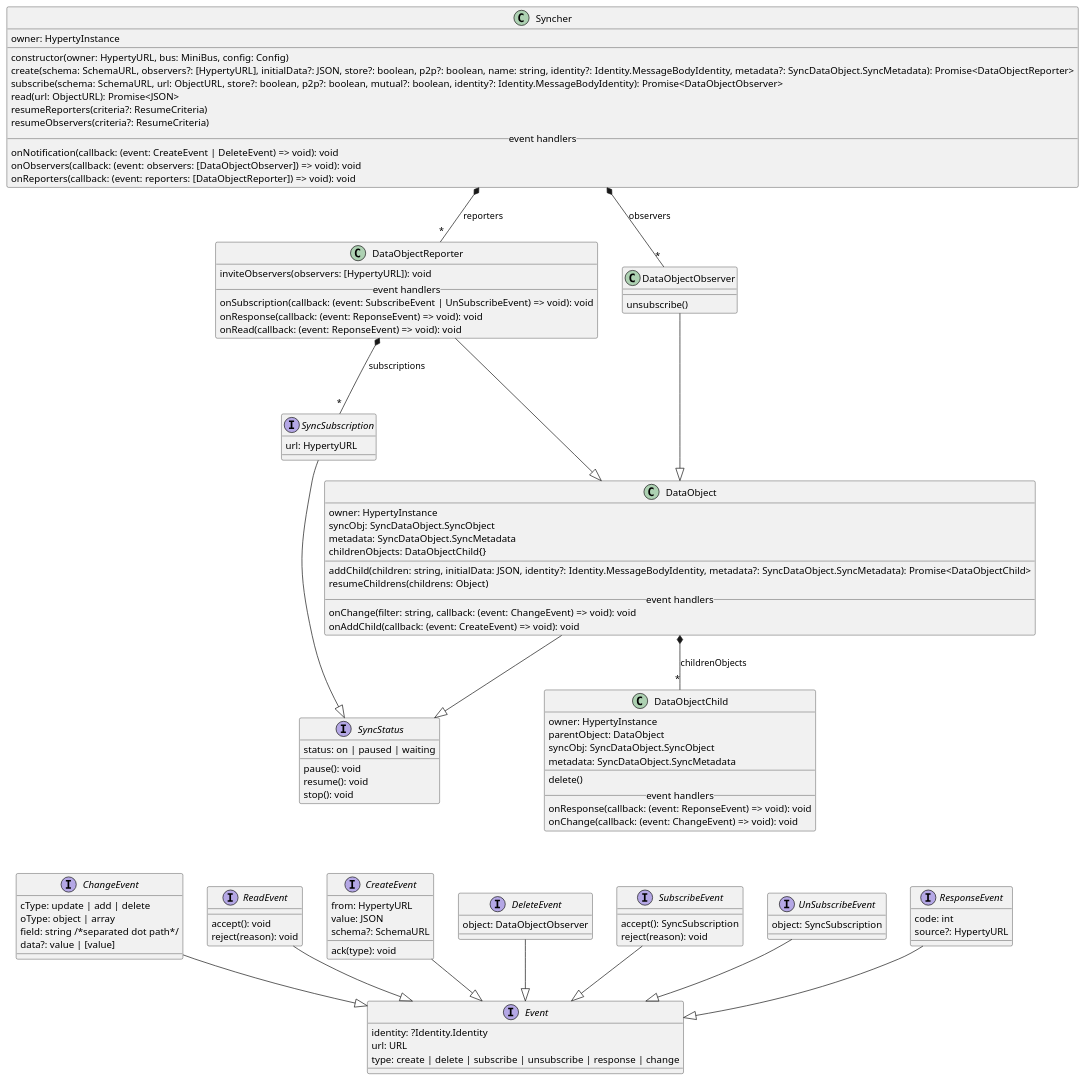
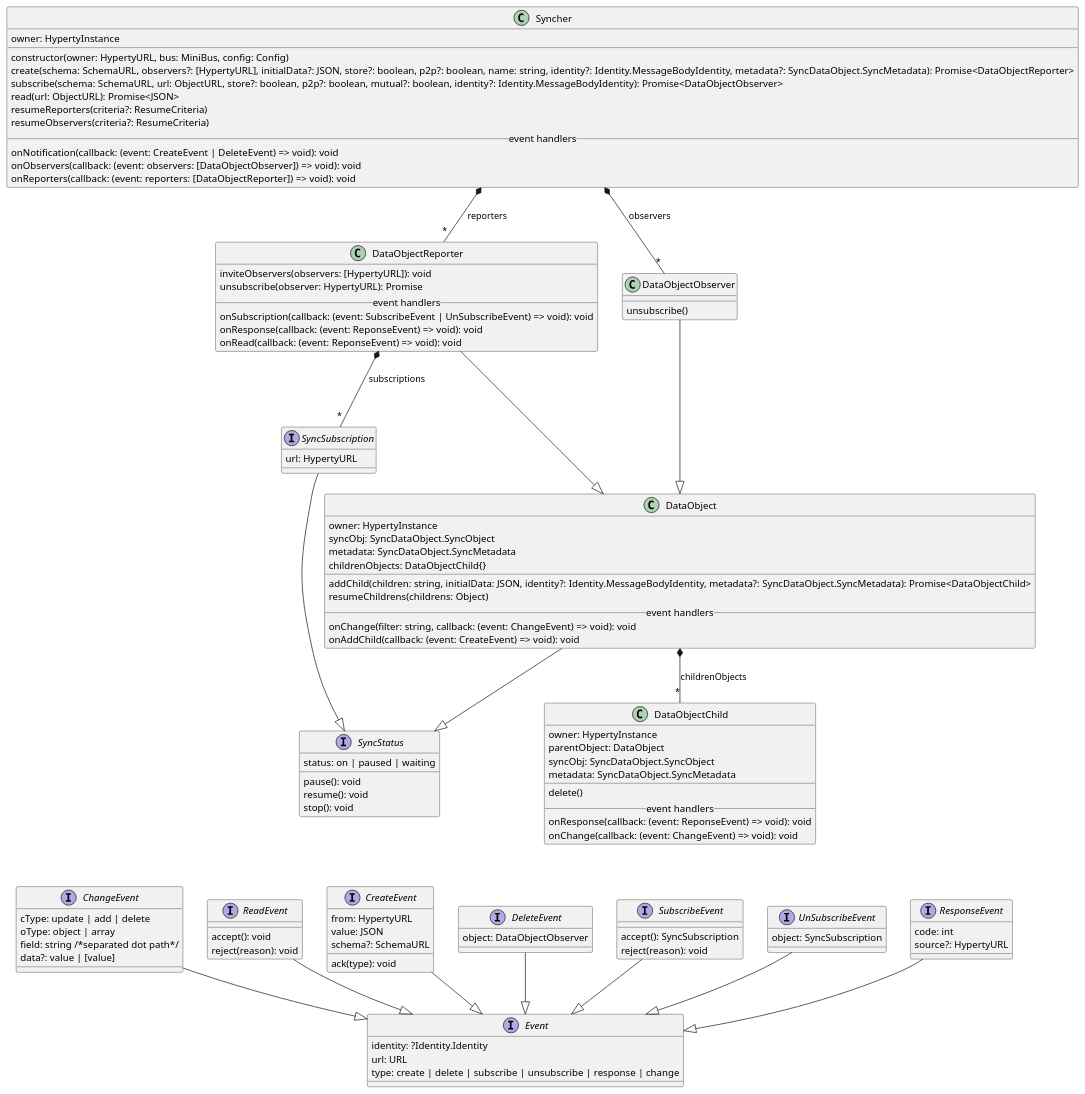
One commit to reTHINK-project/specs changed the diagram in service-framework/SyncherAPI.puml. Above: the diagram before and after it, drawn with PlantUML. The commit also changed 1 other file, not shown here.

Commit message:
Syncher.DataObjectReporter added "unsubscribe(..)" function to support observer cancel by reporter

```diff
--- a/service-framework/SyncherAPI.puml
+++ b/service-framework/SyncherAPI.puml
@@ -1,137 +1,138 @@
 @startuml
 
 interface SyncSubscription {
   url: HypertyURL
 }
 
 interface SyncStatus {
   status: on | paused | waiting
   pause(): void
   resume(): void
   stop(): void
 }
 
 class Syncher {
   owner: HypertyInstance
   __
   constructor(owner: HypertyURL, bus: MiniBus, config: Config)
   create(schema: SchemaURL, observers?: [HypertyURL], initialData?: JSON, store?: boolean, p2p?: boolean, name: string, identity?: Identity.MessageBodyIdentity, metadata?: SyncDataObject.SyncMetadata): Promise<DataObjectReporter>
   subscribe(schema: SchemaURL, url: ObjectURL, store?: boolean, p2p?: boolean, mutual?: boolean, identity?: Identity.MessageBodyIdentity): Promise<DataObjectObserver>
   read(url: ObjectURL): Promise<JSON>
   resumeReporters(criteria?: ResumeCriteria)
   resumeObservers(criteria?: ResumeCriteria)
   __ event handlers __
   onNotification(callback: (event: CreateEvent | DeleteEvent) => void): void
   onObservers(callback: (event: observers: [DataObjectObserver]) => void): void
   onReporters(callback: (event: reporters: [DataObjectReporter]) => void): void
 }
 
 class DataObject {
   owner: HypertyInstance
   syncObj: SyncDataObject.SyncObject
   metadata: SyncDataObject.SyncMetadata
   childrenObjects: DataObjectChild{}
   __
   addChild(children: string, initialData: JSON, identity?: Identity.MessageBodyIdentity, metadata?: SyncDataObject.SyncMetadata): Promise<DataObjectChild>
   resumeChildrens(childrens: Object)
   __ event handlers __
   onChange(filter: string, callback: (event: ChangeEvent) => void): void
   onAddChild(callback: (event: CreateEvent) => void): void
 }
 
 class DataObjectChild {
   owner: HypertyInstance
   parentObject: DataObject
   syncObj: SyncDataObject.SyncObject
   metadata: SyncDataObject.SyncMetadata
   __
   delete()
   __ event handlers __
   onResponse(callback: (event: ReponseEvent) => void): void
   onChange(callback: (event: ChangeEvent) => void): void
 }
 
 class DataObjectReporter {
   inviteObservers(observers: [HypertyURL]): void
+  unsubscribe(observer: HypertyURL): Promise
   __ event handlers __
   onSubscription(callback: (event: SubscribeEvent | UnSubscribeEvent) => void): void
   onResponse(callback: (event: ReponseEvent) => void): void
   onRead(callback: (event: ReponseEvent) => void): void
 }
 
 class DataObjectObserver {
 __
 unsubscribe()
 }
 
 interface Event {
   identity: ?Identity.Identity
   url: URL
   type: create | delete | subscribe | unsubscribe | response | change
 }
 
 interface CreateEvent {
   from: HypertyURL
   value: JSON
   schema?: SchemaURL
   ack(type): void
 }
 
 interface DeleteEvent {
   object: DataObjectObserver
 }
 
 interface SubscribeEvent {
   accept(): SyncSubscription
   reject(reason): void
 }
 
 interface UnSubscribeEvent {
   object: SyncSubscription
 }
 
 interface ResponseEvent {
   code: int
   source?: HypertyURL
 }
 
 interface ChangeEvent {
   cType: update | add | delete
   oType: object | array
   field: string /*separated dot path*/
   data?: value | [value]
 }
 
 interface ReadEvent {
   accept(): void
   reject(reason): void
 }
 
 CreateEvent --|> Event
 DeleteEvent --|> Event
 SubscribeEvent --|> Event
 UnSubscribeEvent --|> Event
 ResponseEvent --|> Event
 ChangeEvent --|> Event
 ReadEvent --|> Event
 
 SyncSubscription --|> SyncStatus
 
 DataObject --|> SyncStatus
 DataObject *--"*" DataObjectChild:childrenObjects
 
 DataObjectObserver ---|> DataObject
 
 DataObjectReporter ---|> DataObject
 DataObjectReporter *--"*" SyncSubscription:subscriptions
 
 Syncher *--"*" DataObjectReporter:reporters
 Syncher *--"*" DataObjectObserver:observers
 
 DataObjectChild -[hidden]down- DeleteEvent
 DataObjectChild -[hidden]down- CreateEvent
 DataObjectChild -[hidden]down- SubscribeEvent
 DataObjectChild -[hidden]down- UnSubscribeEvent
 DataObjectChild -[hidden]down- ResponseEvent
 
 @enduml
```
